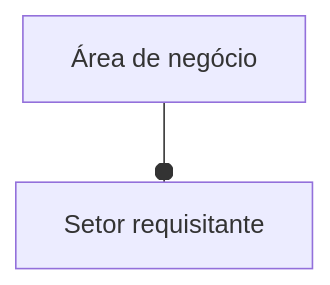
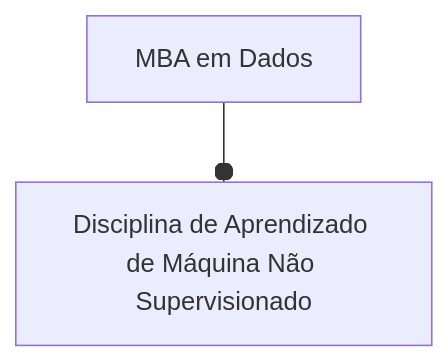
Before and after one commit to stevens-castro/projeto-retencao-clientes-telecom: the diagram in docs/index.md, drawn with Mermaid. The commit also changed other lines of this file and 11 other files, not shown here.

````diff
--- a/docs/index.md
+++ b/docs/index.md
@@ -42,4 +62,4 @@
 ``` mermaid
 flowchart TD
-    id1[Área de negócio] --o id2[Setor requisitante]
+    id1[MBA em Dados] --o id2[Disciplina de Aprendizado de Máquina Não Supervisionado]
 ```
````
